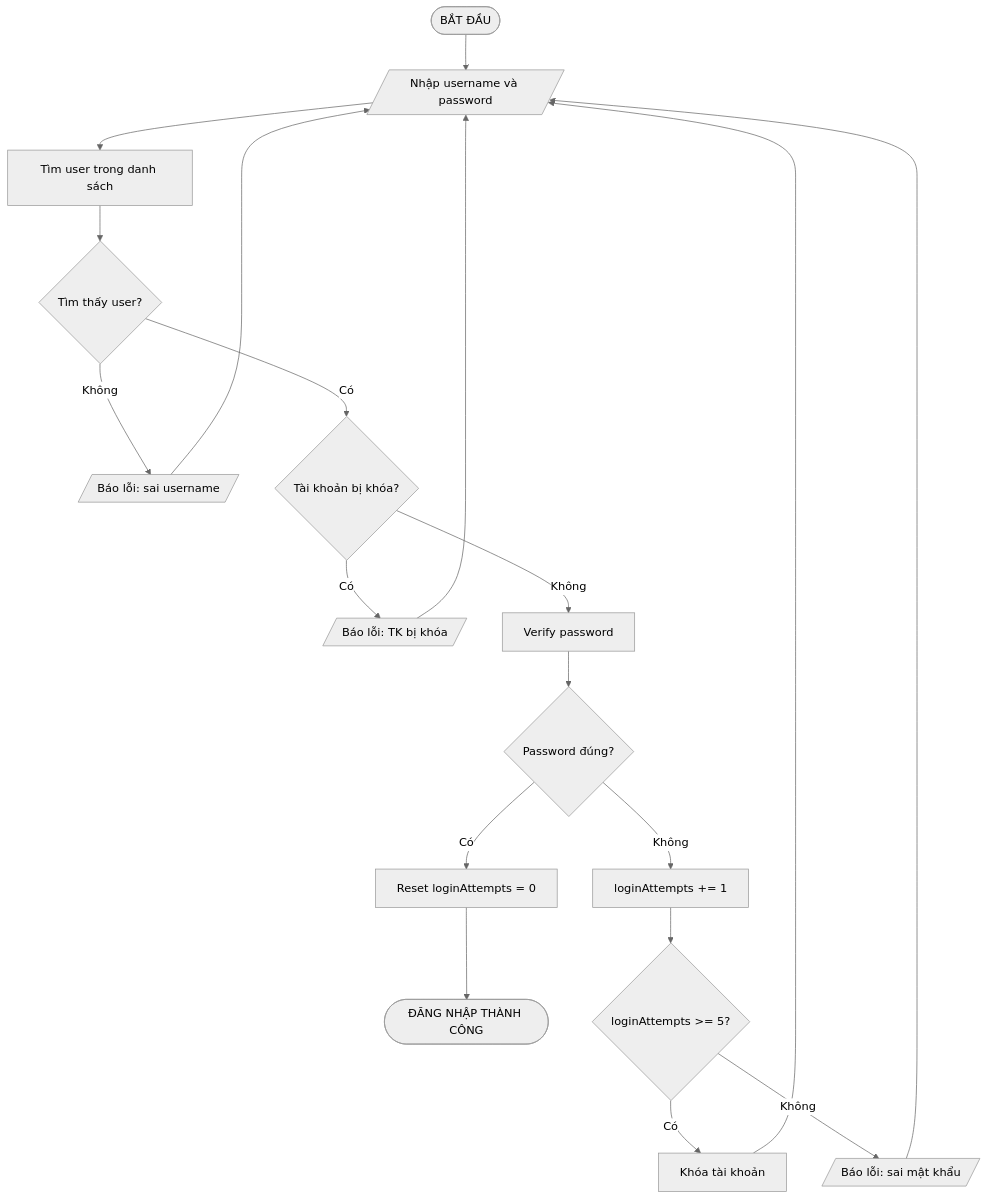
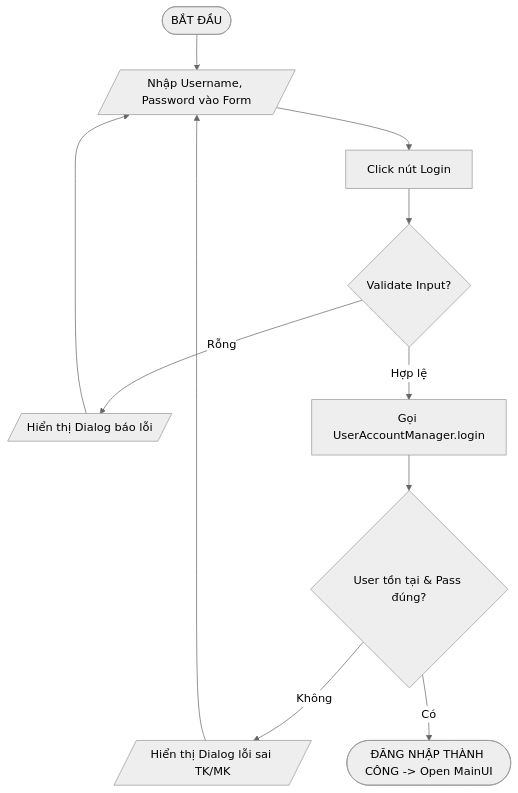
The second of 22 diagrams in docs/Flowcharts/Flowcharts.md (phucphuc2006/pro-192), drawn with Mermaid (neutral theme) before and after one commit. The commit also changed other lines of this file and 24 other files, not shown here.

Commit message:
Update flowcharts to reflect GUI implementation and commit source code changes

````diff
--- a/docs/Flowcharts/Flowcharts.md
+++ b/docs/Flowcharts/Flowcharts.md
@@ -33,21 +33,13 @@
 ```mermaid
 flowchart TD
-    A([BẮT ĐẦU]) --> B[/Nhập username và password/]
-    B --> C[Tìm user trong danh sách]
-    C --> D{Tìm thấy user?}
-    D -->|Không| E[/Báo lỗi: sai username/]
+    A([BẮT ĐẦU]) --> B[/Nhập Username, Password vào Form/]
+    B --> C[Click nút Login]
+    C --> D{Validate Input?}
+    D -->|Rỗng| E[/Hiển thị Dialog báo lỗi/]
     E --> B
-    D -->|Có| F{Tài khoản bị khóa?}
-    F -->|Có| G[/Báo lỗi: TK bị khóa/]
-    G --> B
-    F -->|Không| H[Verify password]
-    H --> I{Password đúng?}
-    I -->|Có| J[Reset loginAttempts = 0]
-    J --> K([ĐĂNG NHẬP THÀNH CÔNG])
-    I -->|Không| L[loginAttempts += 1]
-    L --> M{loginAttempts >= 5?}
-    M -->|Có| N[Khóa tài khoản]
-    N --> B
-    M -->|Không| O[/Báo lỗi: sai mật khẩu/]
-    O --> B
+    D -->|Hợp lệ| F[Gọi UserAccountManager.login]
+    F --> G{User tồn tại & Pass đúng?}
+    G -->|Không| H[/Hiển thị Dialog lỗi sai TK/MK/]
+    H --> B
+    G -->|Có| K([ĐĂNG NHẬP THÀNH CÔNG -> Open MainUI])
 ```
````
